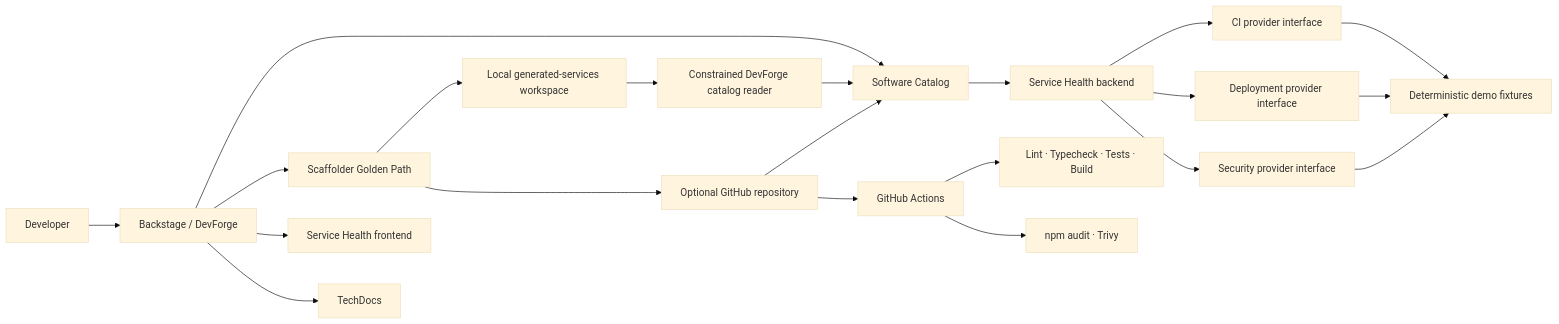
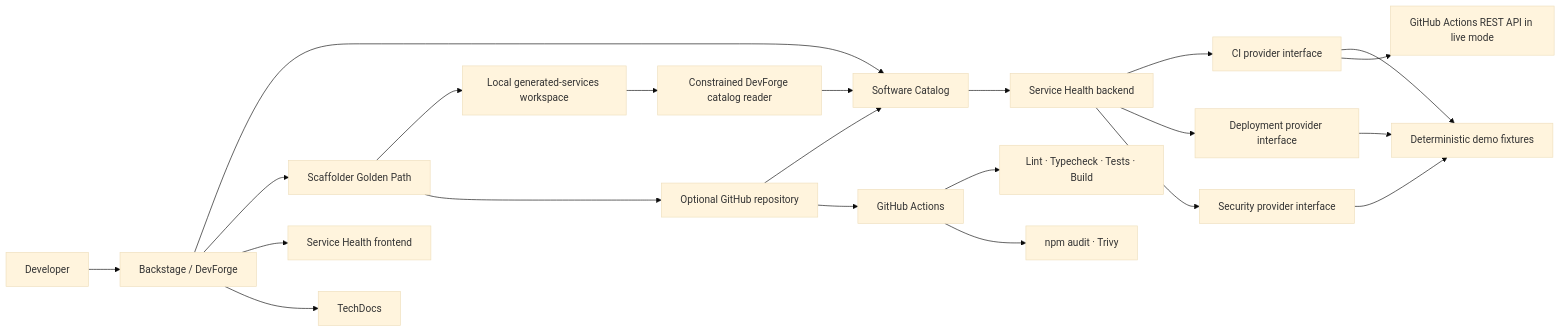
Before and after one commit to YouFoundTheDev/devforge: the diagram in README.md, drawn with Mermaid (base theme). The commit also changed other lines of this file and 17 other files, not shown here.

Commit message:
feat: add live GitHub Actions health

````diff
--- a/README.md
+++ b/README.md
@@ -23,23 +23,24 @@
 ```mermaid
 flowchart LR
   Engineer[Developer] --> Portal[Backstage / DevForge]
   Portal --> Catalog[Software Catalog]
   Portal --> Scaffolder[Scaffolder Golden Path]
   Portal --> HealthUI[Service Health frontend]
   Scaffolder --> Local[Local generated-services workspace]
   Scaffolder --> GitHub[Optional GitHub repository]
   Local --> LocalCatalog[Constrained DevForge catalog reader]
   GitHub --> Catalog
   LocalCatalog --> Catalog
   GitHub --> CI[GitHub Actions]
   CI --> Checks[Lint · Typecheck · Tests · Build]
   CI --> Security[npm audit · Trivy]
   Catalog --> HealthAPI[Service Health backend]
   HealthAPI --> CIProvider[CI provider interface]
   HealthAPI --> DeployProvider[Deployment provider interface]
   HealthAPI --> SecurityProvider[Security provider interface]
   CIProvider --> Fixtures[Deterministic demo fixtures]
+  CIProvider --> GitHubAPI[GitHub Actions REST API in live mode]
   DeployProvider --> Fixtures
   SecurityProvider --> Fixtures
   Portal --> TechDocs[TechDocs]
 ```
````
